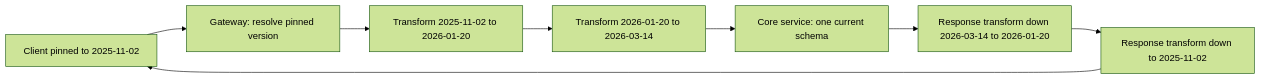
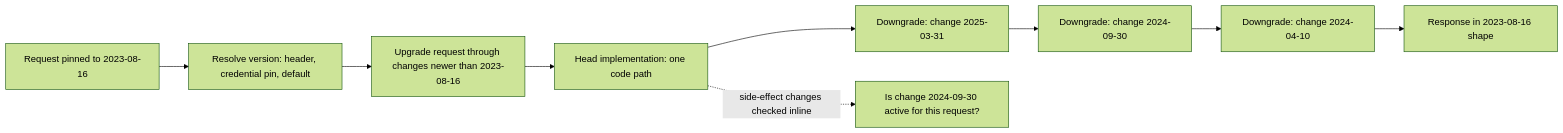
The second of 6 diagrams in src/content/docs/en/communication/synchronous-protocols/api-versioning.mdx (gorkemsari/distributed-systems), drawn with Mermaid (forest theme) before and after one commit. The commit also changed other lines of this file and 3 other files, not shown here.

````diff
--- a/src/content/docs/en/communication/synchronous-protocols/api-versioning.mdx
+++ b/src/content/docs/en/communication/synchronous-protocols/api-versioning.mdx
@@ -56,10 +138,11 @@
 ```mermaid
 flowchart LR
-    C["Client pinned to 2025-11-02"] --> GW["Gateway: resolve pinned version"]
-    GW --> T1["Transform 2025-11-02 to 2026-01-20"]
-    T1 --> T2["Transform 2026-01-20 to 2026-03-14"]
-    T2 --> Core["Core service: one current schema"]
-    Core --> R2["Response transform down 2026-03-14 to 2026-01-20"]
-    R2 --> R1["Response transform down to 2025-11-02"]
-    R1 --> C
+    REQ["Request pinned to 2023-08-16"] --> RES["Resolve version: header, credential pin, default"]
+    RES --> UP["Upgrade request through changes newer than 2023-08-16"]
+    UP --> HEAD["Head implementation: one code path"]
+    HEAD --> D3["Downgrade: change 2025-03-31"]
+    D3 --> D2["Downgrade: change 2024-09-30"]
+    D2 --> D1["Downgrade: change 2024-04-10"]
+    D1 --> OUT["Response in 2023-08-16 shape"]
+    HEAD -.->|"side-effect changes checked inline"| FLAG["Is change 2024-09-30 active for this request?"]
 ```
````
